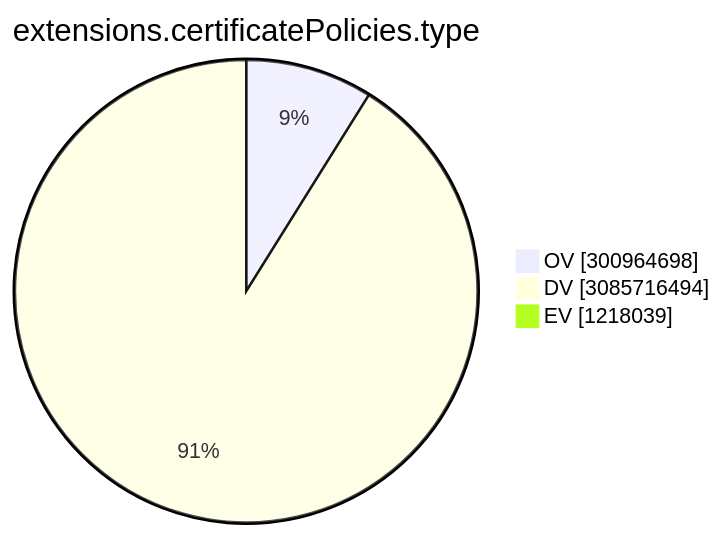
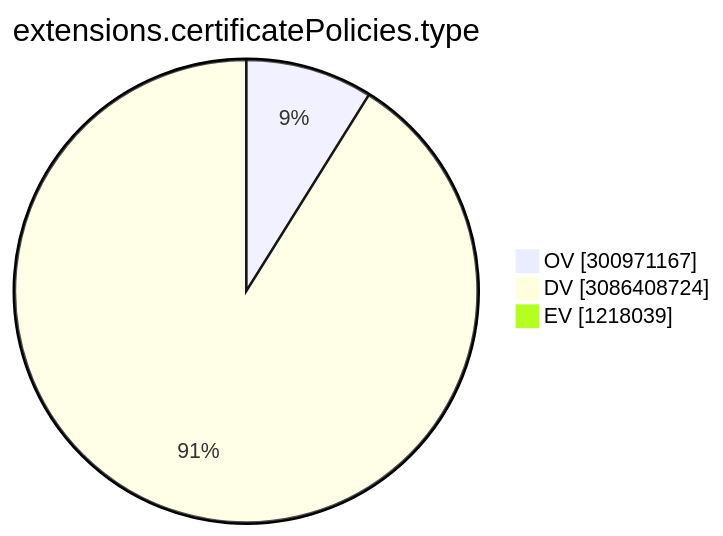
Before and after one commit to christiankrug/ctmonitor_visualization: the ninth of 15 diagrams in TOTAL/README.md, drawn with Mermaid. The commit also changed other lines of this file, not shown here.

````diff
--- a/TOTAL/README.md
+++ b/TOTAL/README.md
@@ -3103,7 +3103,7 @@
 ```mermaid
 pie showData
 title extensions.certificatePolicies.type
-"OV" :300964698
-"DV" :3085716494
+"OV" :300971167
+"DV" :3086408724
 "EV" :1218039
 ```
````
